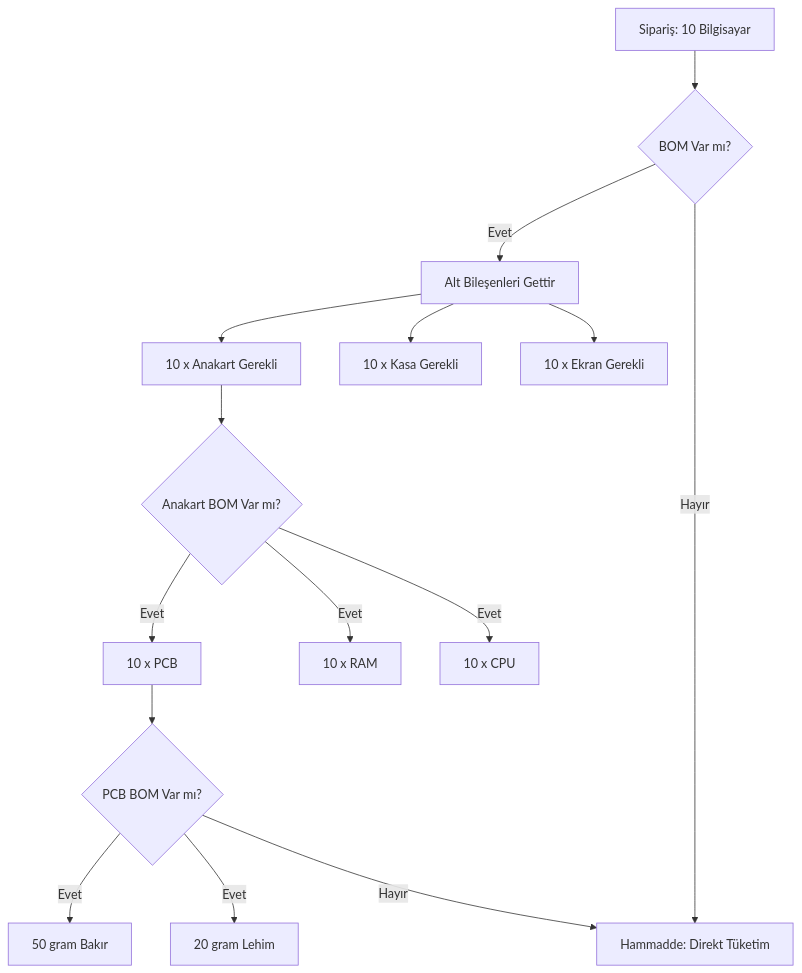
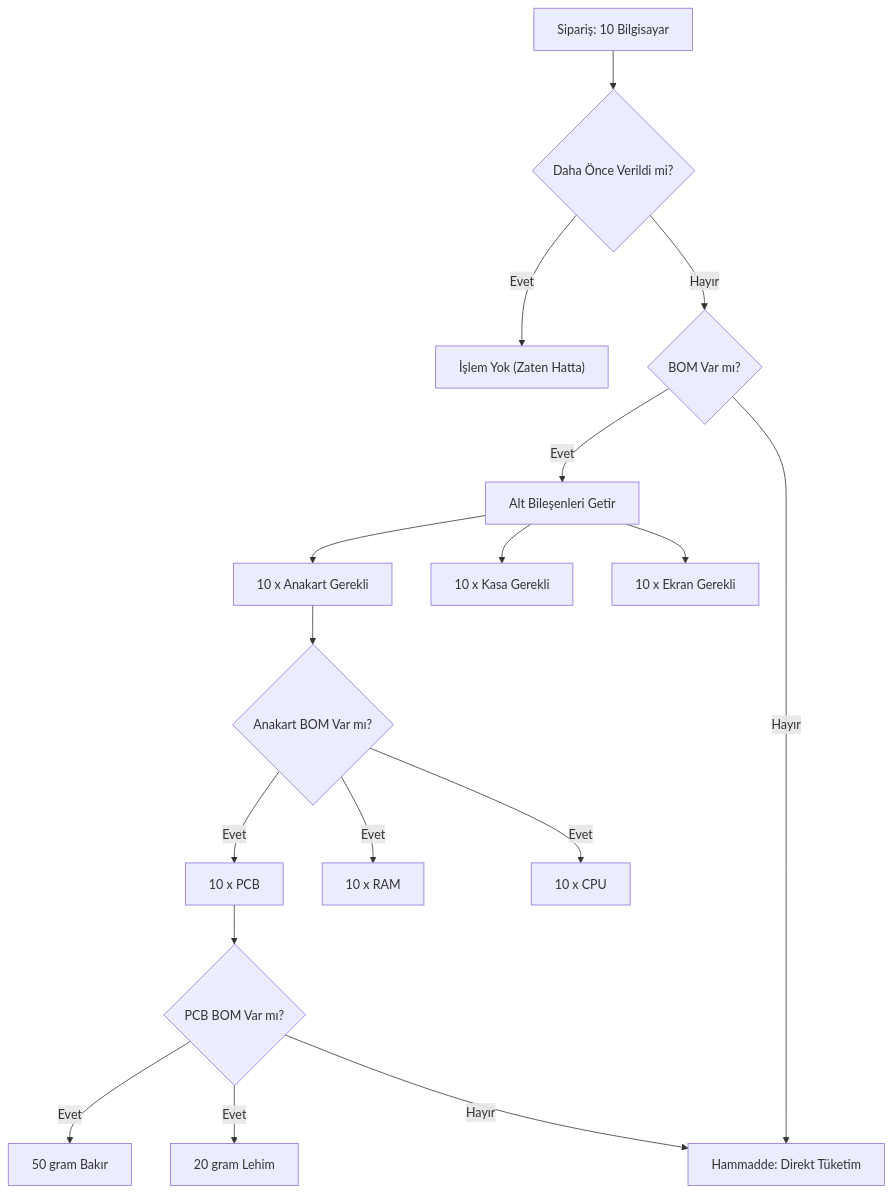
The third of 8 diagrams in AI_ML_SSL_MRP_V1.1.1/system_documentation/technical_reference/ORDER_MAPPING_PROCESS.md (ozkaleutku/AIERP_V1.1.1), drawn with Mermaid before and after one commit. The commit also changed other lines of this file and 11 other files, not shown here.

````diff
--- a/AI_ML_SSL_MRP_V1.1.1/system_documentation/technical_reference/ORDER_MAPPING_PROCESS.md
+++ b/AI_ML_SSL_MRP_V1.1.1/system_documentation/technical_reference/ORDER_MAPPING_PROCESS.md
@@ -114,39 +120,43 @@
 ```mermaid
 flowchart TD
     A["Sipariş: 10 Bilgisayar"]
+    CHK{"Daha Önce Verildi mi?"}
     B{"BOM Var mı?"}
-    C["Alt Bileşenleri Gettir"]
+    C["Alt Bileşenleri Getir"]
     N1["Hammadde: Direkt Tüketim"]
+    STOP["İşlem Yok (Zaten Hatta)"]
 
     D["10 x Anakart Gerekli"]
     E["10 x Kasa Gerekli"]
     F["10 x Ekran Gerekli"]
 
     G{"Anakart BOM Var mı?"}
     H["10 x PCB"]
     I["10 x RAM"]
     J["10 x CPU"]
 
     K{"PCB BOM Var mı?"}
     L["50 gram Bakır"]
     M["20 gram Lehim"]
 
-    A --> B
+    A --> CHK
+    CHK -- Evet --> STOP
+    CHK -- Hayır --> B
     B -- Evet --> C
     B -- Hayır --> N1
 
     C --> D
     C --> E
     C --> F
 
     D --> G
     G -- Evet --> H
     G -- Evet --> I
     G -- Evet --> J
 
     H --> K
     K -- Evet --> L
     K -- Evet --> M
     K -- Hayır --> N1
 
 ```
````
